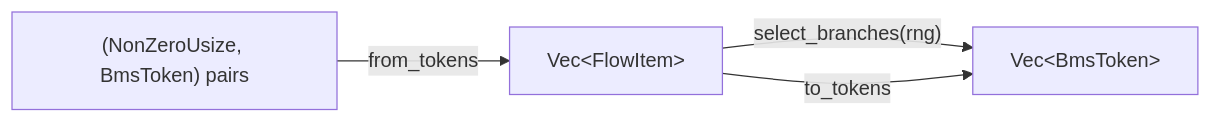
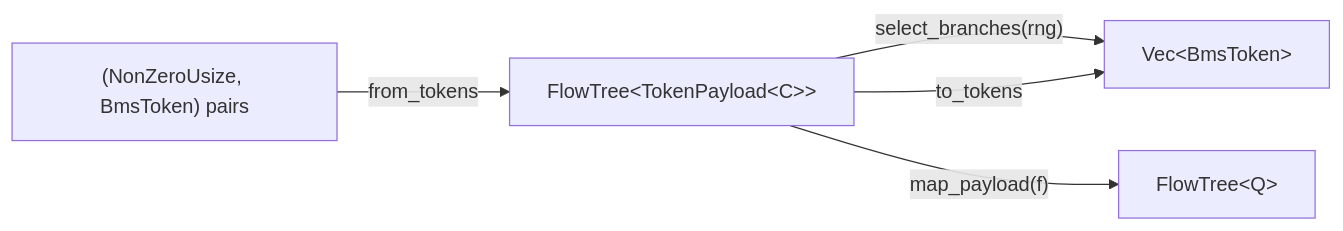
One commit to brightmeows/bmsrs changed the diagram in bms/control-flow/AGENTS.md. Above: the diagram before and after it, drawn with Mermaid. The commit also changed other lines of this file and 13 other files, not shown here.

First line of the commit message:
refactor(bms-control-flow)!: redesign as generic FlowTree<P>

````diff
--- a/bms/control-flow/AGENTS.md
+++ b/bms/control-flow/AGENTS.md
@@ -9,10 +13,12 @@
 ```mermaid
 flowchart LR
     Tokens["(NonZeroUsize, BmsToken) pairs"]
-    Items["Vec&lt;FlowItem&gt;"]
+    Tree["FlowTree&lt;TokenPayload&lt;C&gt;&gt;"]
     Flat["Vec&lt;BmsToken&gt;"]
+    Other["FlowTree&lt;Q&gt;"]
 
-    Tokens -- from_tokens --> Items
-    Items -- select_branches(rng) --> Flat
-    Items -- to_tokens --> Flat
+    Tokens -- from_tokens --> Tree
+    Tree -- select_branches(rng) --> Flat
+    Tree -- to_tokens --> Flat
+    Tree -- map_payload(f) --> Other
 ```
````
